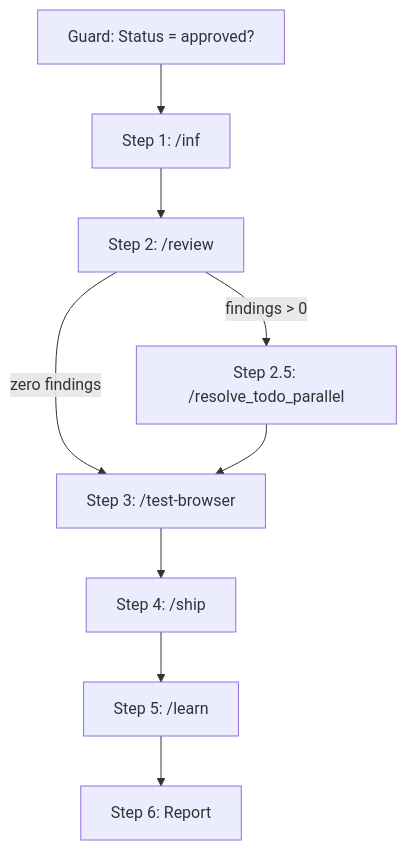
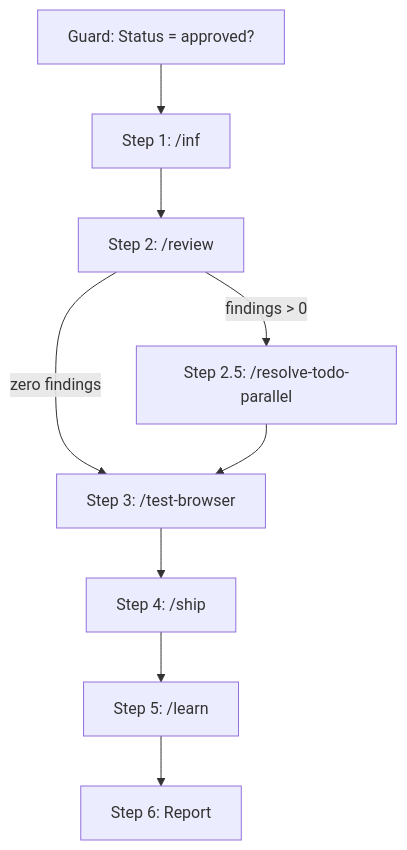
Before and after one commit to builtform/launchpad: the fifth of 8 diagrams in docs/guides/METHODOLOGY.md, drawn with Mermaid. The commit also changed other lines of this file and 65 other files, not shown here.

````diff
--- a/docs/guides/METHODOLOGY.md
+++ b/docs/guides/METHODOLOGY.md
@@ -415,20 +415,20 @@
 ```mermaid
 flowchart TD
     GUARD["Guard: Status = approved?"]
     INF["Step 1: /inf"]
     REVIEW["Step 2: /review"]
-    RESOLVE["Step 2.5: /resolve_todo_parallel"]
+    RESOLVE["Step 2.5: /resolve-todo-parallel"]
     TEST["Step 3: /test-browser"]
     SHIP["Step 4: /ship"]
     LEARN["Step 5: /learn"]
     REPORT["Step 6: Report"]
 
     GUARD --> INF
     INF --> REVIEW
     REVIEW -->|"findings > 0"| RESOLVE
     REVIEW -->|"zero findings"| TEST
     RESOLVE --> TEST
     TEST --> SHIP
     SHIP --> LEARN
     LEARN --> REPORT
 ```
````
